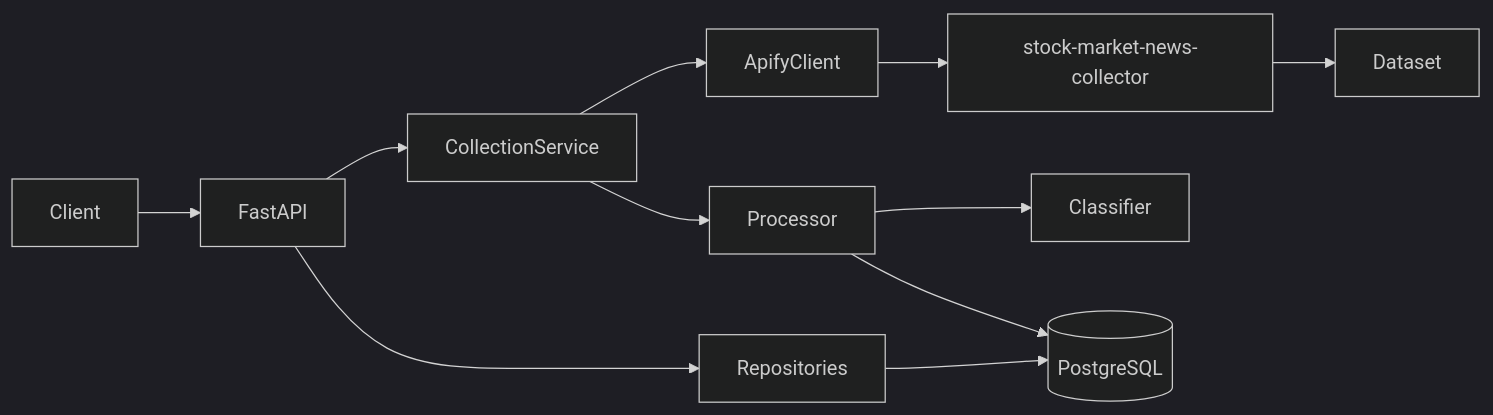
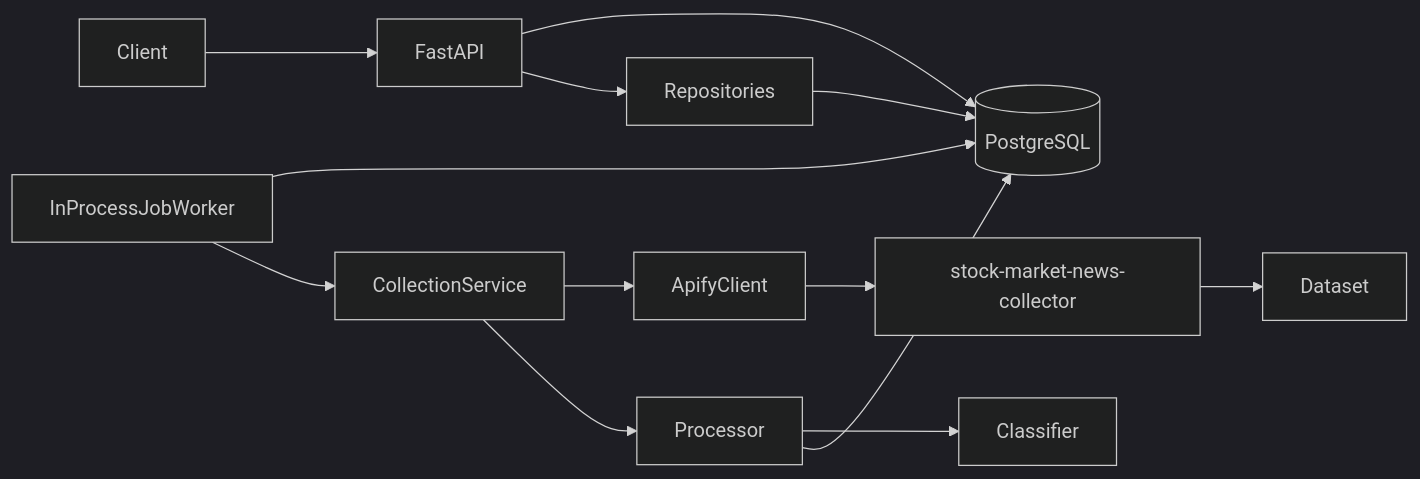
The first of 2 diagrams in README.md (vamsikrishna-garisapati/financial-news-intelligence-pipeline), drawn with Mermaid (dark theme) before and after one commit. The commit also changed other lines of this file and 10 other files, not shown here.

````diff
--- a/README.md
+++ b/README.md
@@ -33,12 +37,14 @@
 ```mermaid
 flowchart LR
   Client --> FastAPI
-  FastAPI --> CollectionService
+  FastAPI --> Postgres[(PostgreSQL)]
+  JobWorker["InProcessJobWorker"] --> Postgres
+  JobWorker --> CollectionService
   CollectionService --> ApifyClient
   ApifyClient --> Actor["stock-market-news-collector"]
   Actor --> Dataset
   CollectionService --> Processor
   Processor --> Classifier
-  Processor --> Postgres[(PostgreSQL)]
+  Processor --> Postgres
   FastAPI --> Repositories --> Postgres
 ```
````
